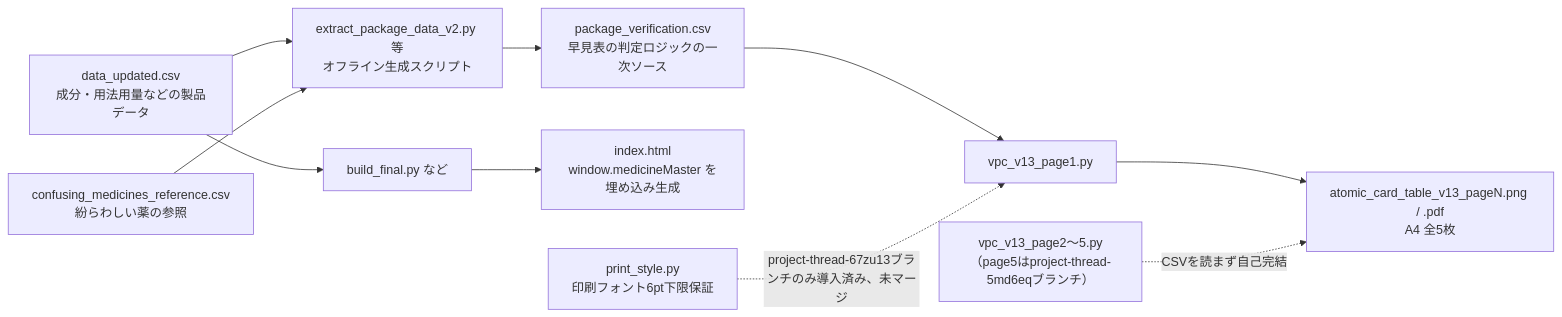
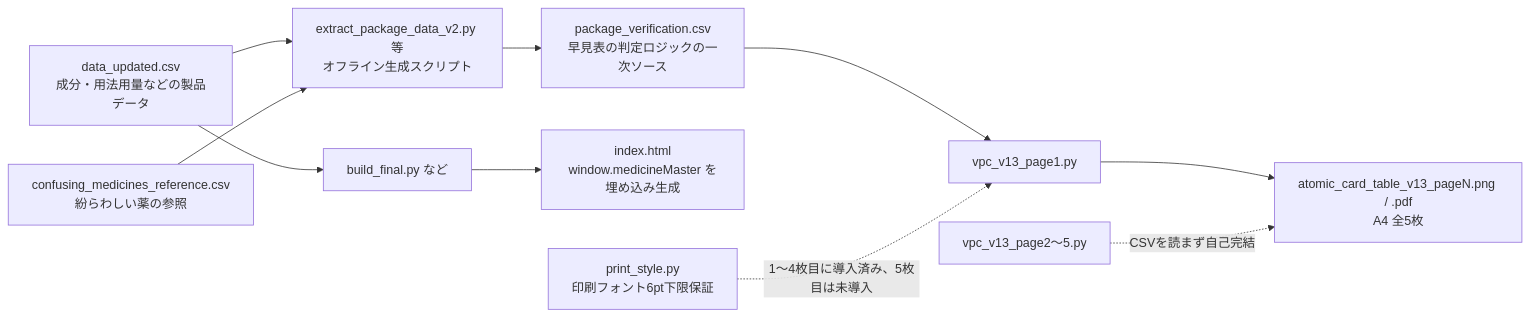
Before and after one commit to AimSoaringHaiku/pharma-gatekeeper: the diagram in README.md, drawn with Mermaid. The commit also changed other lines of this file and 1 other file, not shown here.

Commit message:
README.md: print_style.py・page5の記載を現状に合わせて修正（WISHLIST対応）
master_list.mdへの言及は既に無かったが、print_style.pyが
「67zu13ブランチのみ・未マージ」「page5は5md6eqブランチ」という
古い記載のままだった。実際はmainにマージ済みのため、パイプライン図・
本文を現状（1〜4枚目に導入済み、5枚目は未導入）に修正。

5枚目にprint_style.pyが未導入である点は新規のWISHLIST項目として記録。

Claude-Session: https://claude.ai/code/session_01HtDFe8WnY993KR3Dojx73s

````diff
--- a/README.md
+++ b/README.md
@@ -22,12 +22,12 @@
 ```mermaid
 flowchart LR
     DU[data_updated.csv<br/>成分・用法用量などの製品データ] --> EX[extract_package_data_v2.py 等<br/>オフライン生成スクリプト]
     CF[confusing_medicines_reference.csv<br/>紛らわしい薬の参照] --> EX
     EX --> PV[package_verification.csv<br/>早見表の判定ロジックの一次ソース]
     PV --> P1[vpc_v13_page1.py]
     P1 --> OUT[atomic_card_table_v13_pageN.png / .pdf<br/>A4 全5枚]
-    P2["vpc_v13_page2〜5.py<br/>（page5はproject-thread-5md6eqブランチ）"] -.->|CSVを読まず自己完結| OUT
+    P2[vpc_v13_page2〜5.py] -.->|CSVを読まず自己完結| OUT
     DU --> BF[build_final.py など]
     BF --> IDX[index.html<br/>window.medicineMaster を埋め込み生成]
-    PS[print_style.py<br/>印刷フォント6pt下限保証] -.->|project-thread-67zu13ブランチのみ導入済み、未マージ| P1
+    PS[print_style.py<br/>印刷フォント6pt下限保証] -.->|1〜4枚目に導入済み、5枚目は未導入| P1
 ```
````
